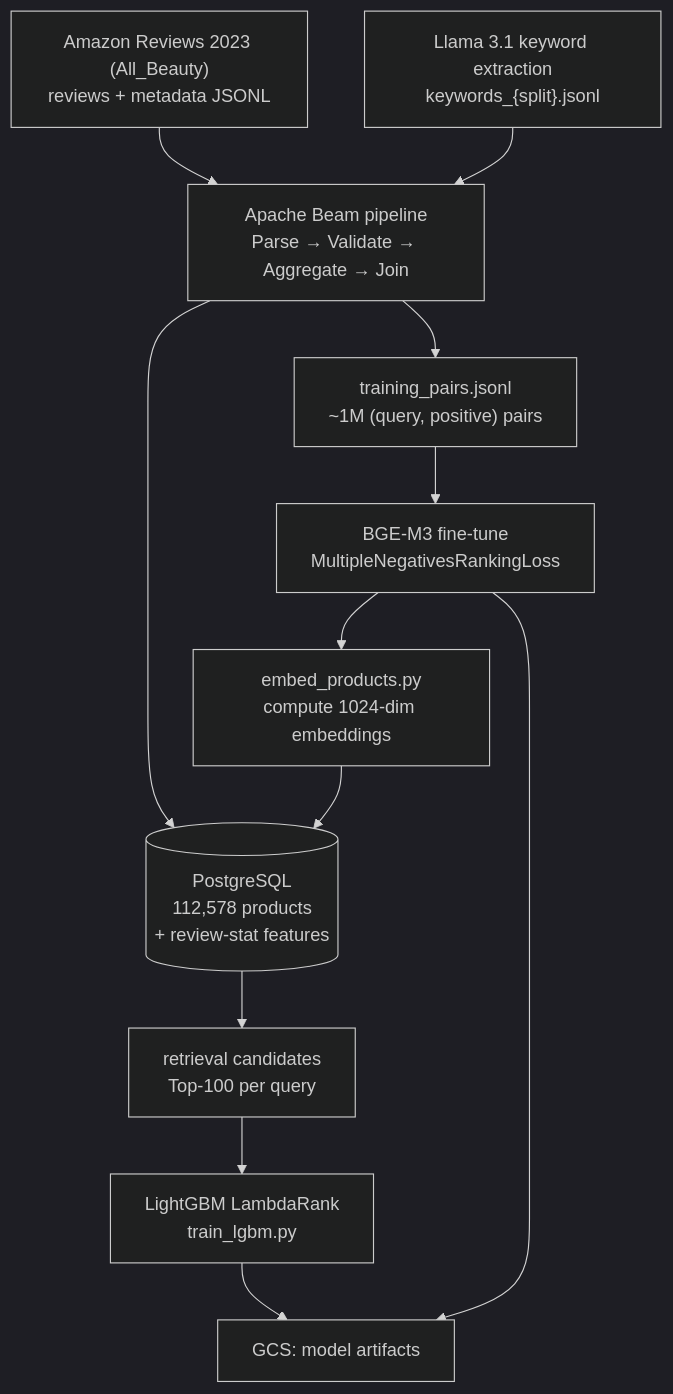
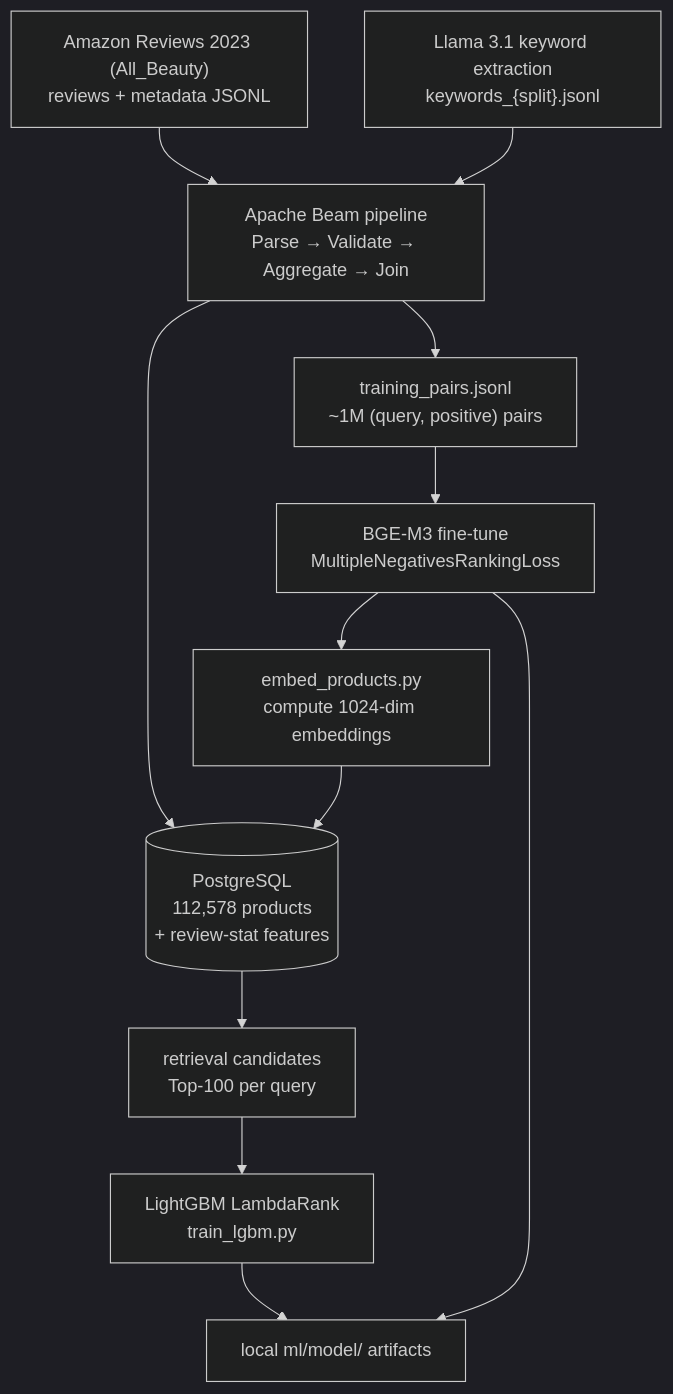
The second of 2 diagrams in docs/architecture.md (kevin7548/ChatBeauty), drawn with Mermaid (dark theme) before and after one commit. The commit also changed other lines of this file and 15 other files, not shown here.

````diff
--- a/docs/architecture.md
+++ b/docs/architecture.md
@@ -44,14 +44,14 @@
 ```mermaid
 flowchart TD
     Raw["Amazon Reviews 2023 (All_Beauty)<br/>reviews + metadata JSONL"] --> Beam
     KW["Llama 3.1 keyword extraction<br/>keywords_{split}.jsonl"] --> Beam
     Beam["Apache Beam pipeline<br/>Parse → Validate → Aggregate → Join"] --> PG[(PostgreSQL<br/>112,578 products<br/>+ review-stat features)]
     Beam --> Pairs["training_pairs.jsonl<br/>~1M (query, positive) pairs"]
     Pairs --> FT["BGE-M3 fine-tune<br/>MultipleNegativesRankingLoss"]
     FT --> Embed["embed_products.py<br/>compute 1024-dim embeddings"]
     Embed --> PG
     PG --> Cand["retrieval candidates<br/>Top-100 per query"]
     Cand --> LGBM["LightGBM LambdaRank<br/>train_lgbm.py"]
-    FT --> Models[GCS: model artifacts]
+    FT --> Models[local ml/model/ artifacts]
     LGBM --> Models
 ```
````
